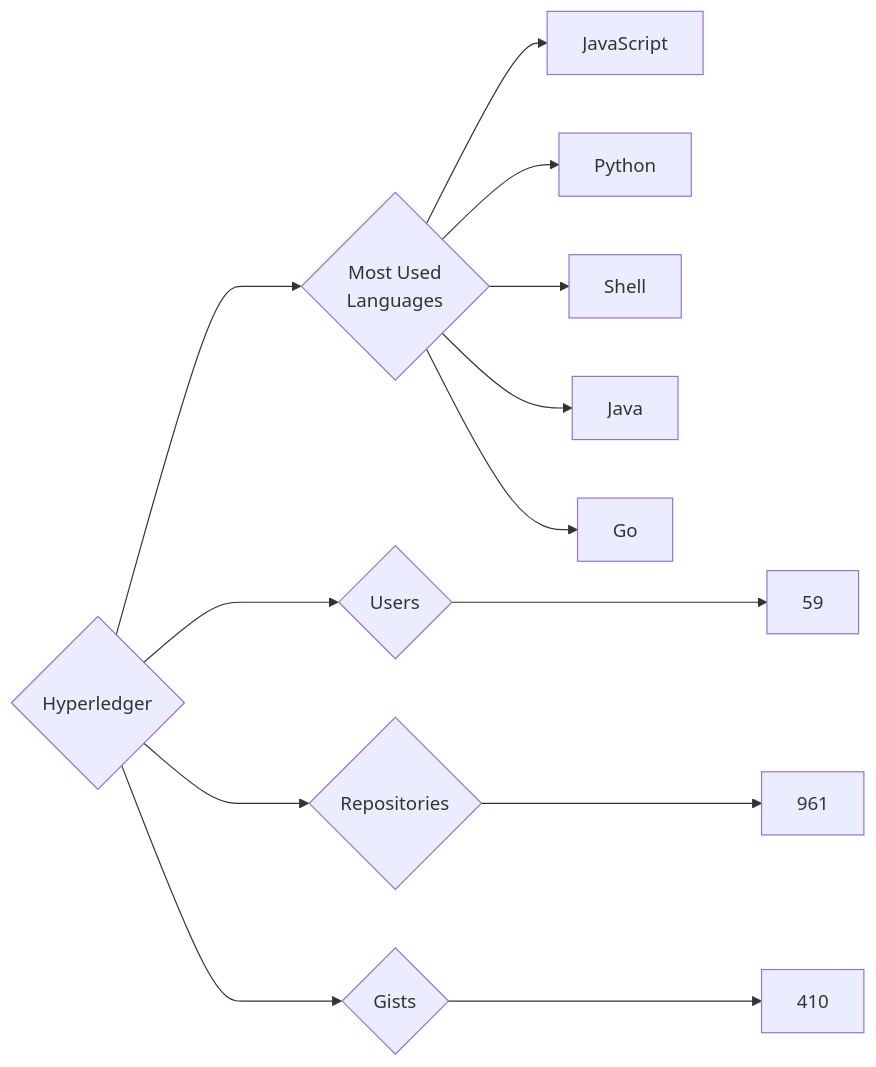
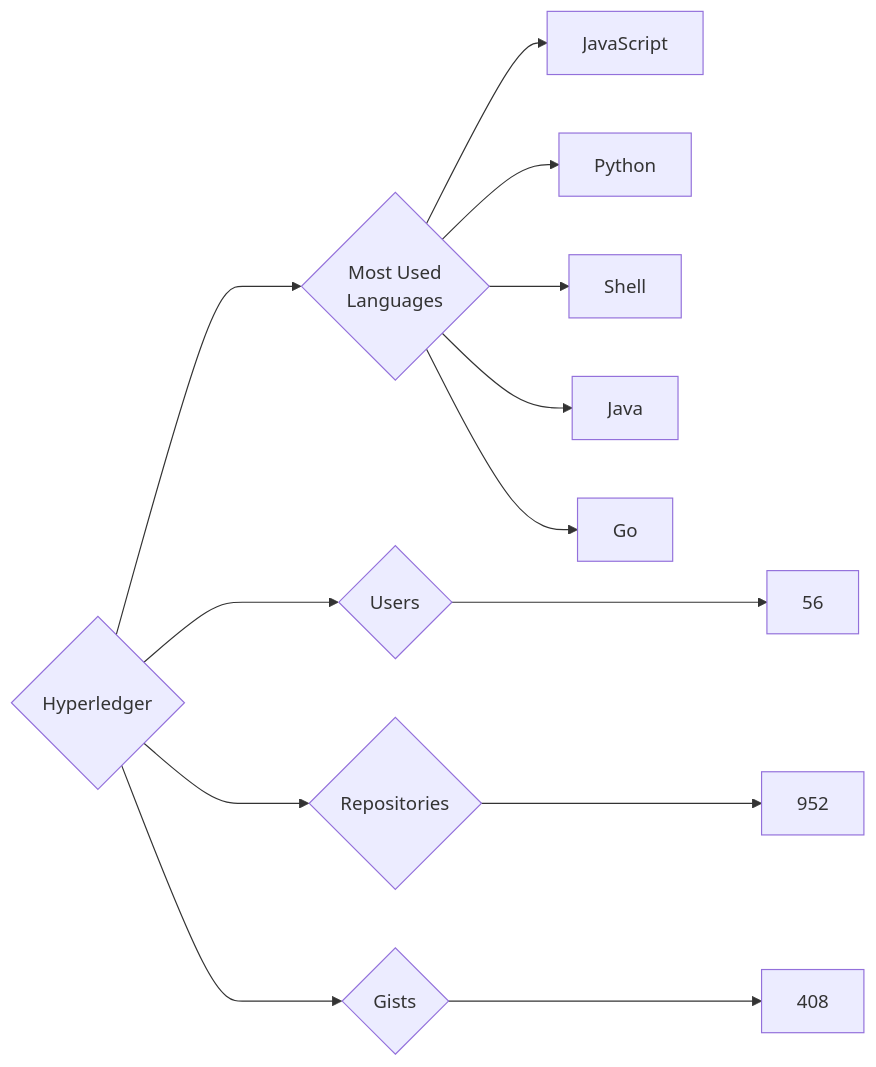
The diagram in targets/Hyperledger/README.md (trickest/insiders), drawn with Mermaid before and after one commit. The commit also changed 777 other files, not shown here.

````diff
--- a/targets/Hyperledger/README.md
+++ b/targets/Hyperledger/README.md
@@ -3,13 +3,13 @@
 ```mermaid
 graph LR
 COMPANY_NAME{Hyperledger}
-COMPANY_NAME ---> U{Users} ---> UN[59]
-COMPANY_NAME ---> R{Repositories} ---> RN[961]
-COMPANY_NAME ---> G{Gists} ---> GN[410]
+COMPANY_NAME ---> U{Users} ---> UN[56]
+COMPANY_NAME ---> R{Repositories} ---> RN[952]
+COMPANY_NAME ---> G{Gists} ---> GN[408]
 COMPANY_NAME ---> ML{Most Used<br>Languages}
 ML --> JavaScript[JavaScript]
 ML --> Python[Python]
 ML --> Shell[Shell]
 ML --> Java[Java]
 ML --> Go[Go]
 ```
````
